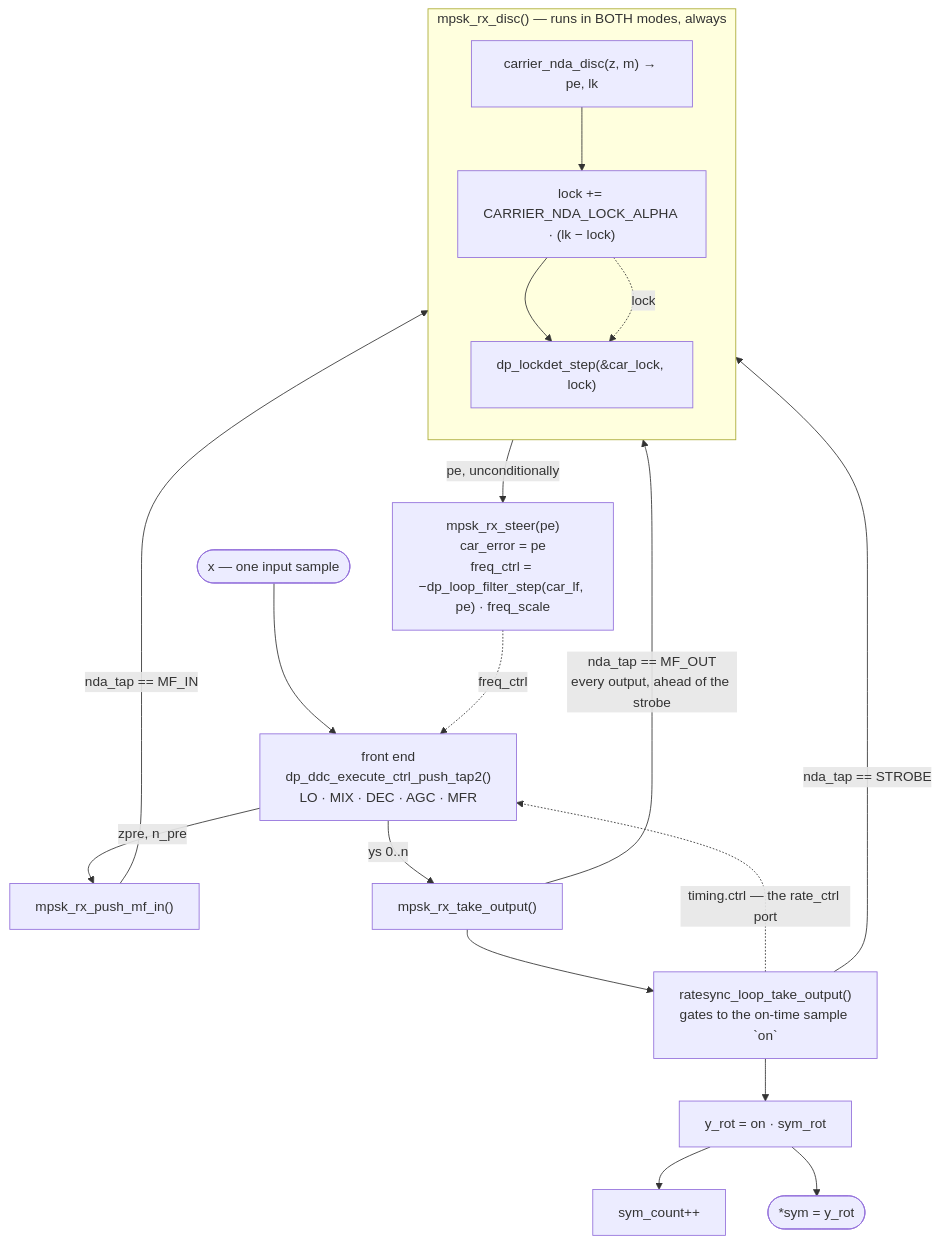
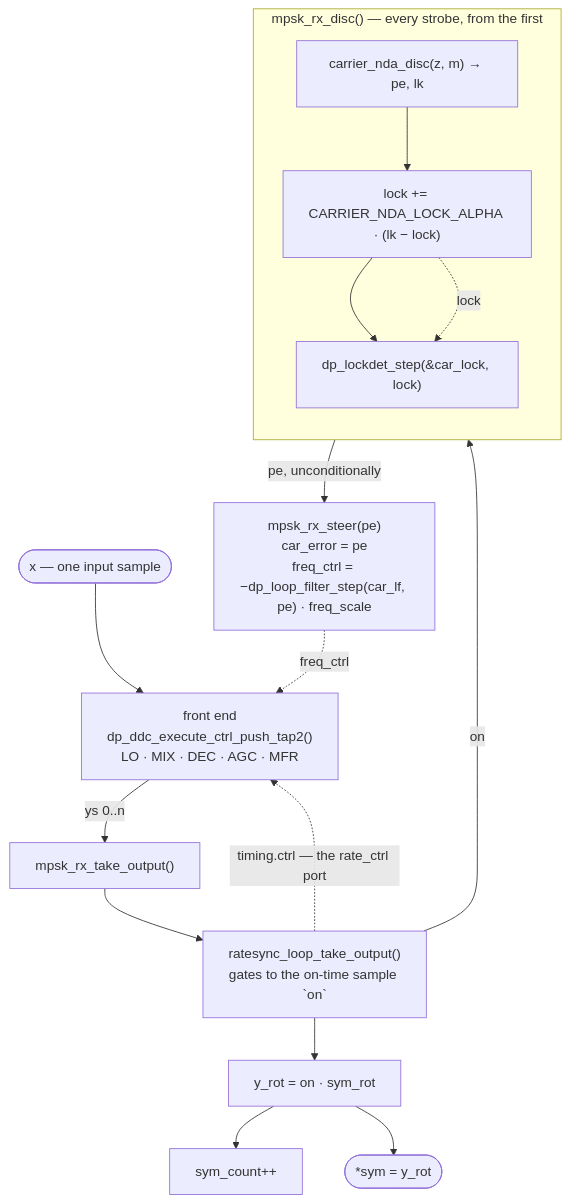
One commit to doppler-dsp/doppler changed the second of 2 diagrams in docs/design/mpsk.md. Above: the diagram before and after it, drawn with Mermaid. The commit also changed other lines of this file and 76 other files, not shown here.

````diff
--- a/docs/design/mpsk.md
+++ b/docs/design/mpsk.md
@@ -185,35 +176,31 @@
 ```mermaid
 flowchart TB
     X(["x — one input sample"])
     FE["front end<br/>dp_ddc_execute_ctrl_push_tap2()<br/>LO · MIX · DEC · AGC · MFR"]
     X --> FE
 
-    FE -->|"zpre, n_pre"| PMI["mpsk_rx_push_mf_in()"]
     FE -->|"ys 0..n"| TO["mpsk_rx_take_output()"]
 
-    PMI -->|"nda_tap == MF_IN"| DISC
-    TO -->|"nda_tap == MF_OUT<br/>every output, ahead of the strobe"| DISC
+    TO --> RL["ratesync_loop_take_output()<br/>gates to the on-time sample `on`"]
+    RL -->|"on"| DISC
 
-    TO --> RL["ratesync_loop_take_output()<br/>gates to the on-time sample `on`"]
-    RL -->|"nda_tap == STROBE"| DISC
-
-    subgraph D["mpsk_rx_disc() — runs in BOTH modes, always"]
+    subgraph D["mpsk_rx_disc() — every strobe, from the first"]
         direction TB
         DISC["carrier_nda_disc(z, m) → pe, lk"]
         LKE["lock += CARRIER_NDA_LOCK_ALPHA · (lk − lock)"]
         CLD["dp_lockdet_step(&amp;car_lock, lock)"]
         DISC --> LKE --> CLD
     end
 
     RL --> ROT["y_rot = on · sym_rot"]
     DISC -->|"pe, unconditionally"| STEER
 
     STEER["mpsk_rx_steer(pe)<br/>car_error = pe<br/>freq_ctrl = −dp_loop_filter_step(car_lf, pe) · freq_scale"]
 
     ROT --> CNT["sym_count++"]
     LKE -.->|"lock"| CLD
 
     STEER -.->|"freq_ctrl"| FE
     RL -.->|"timing.ctrl — the rate_ctrl port"| FE
     ROT --> OUT(["*sym = y_rot"])
 ```
````
